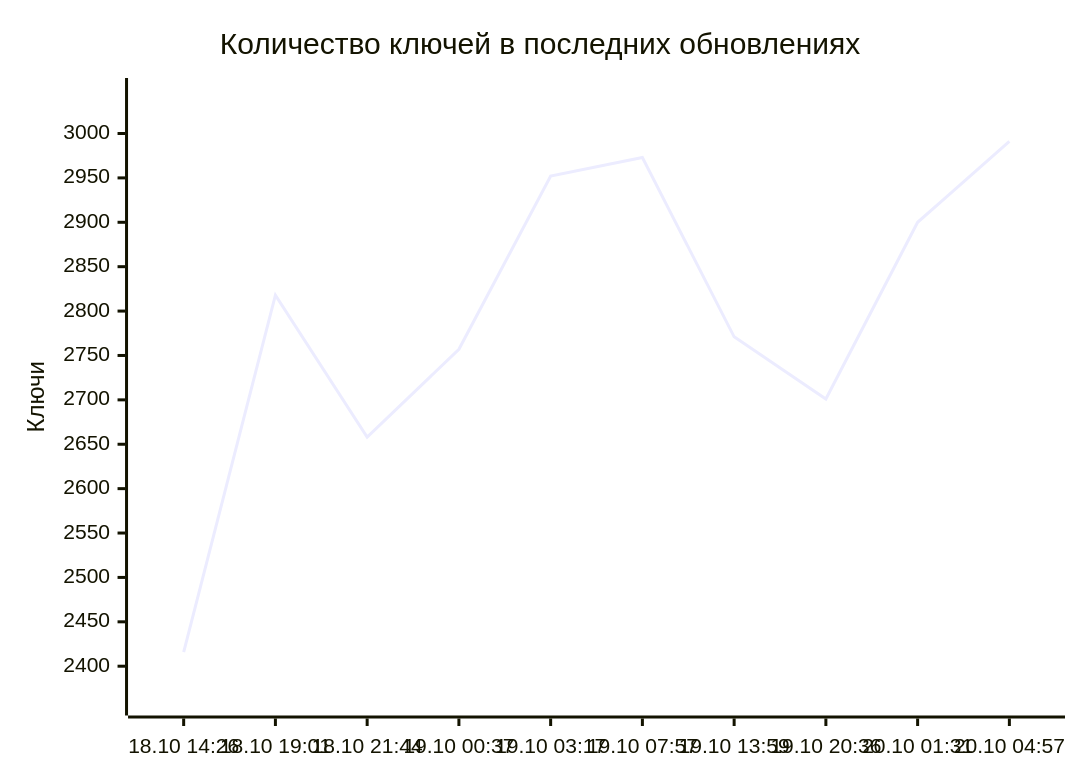
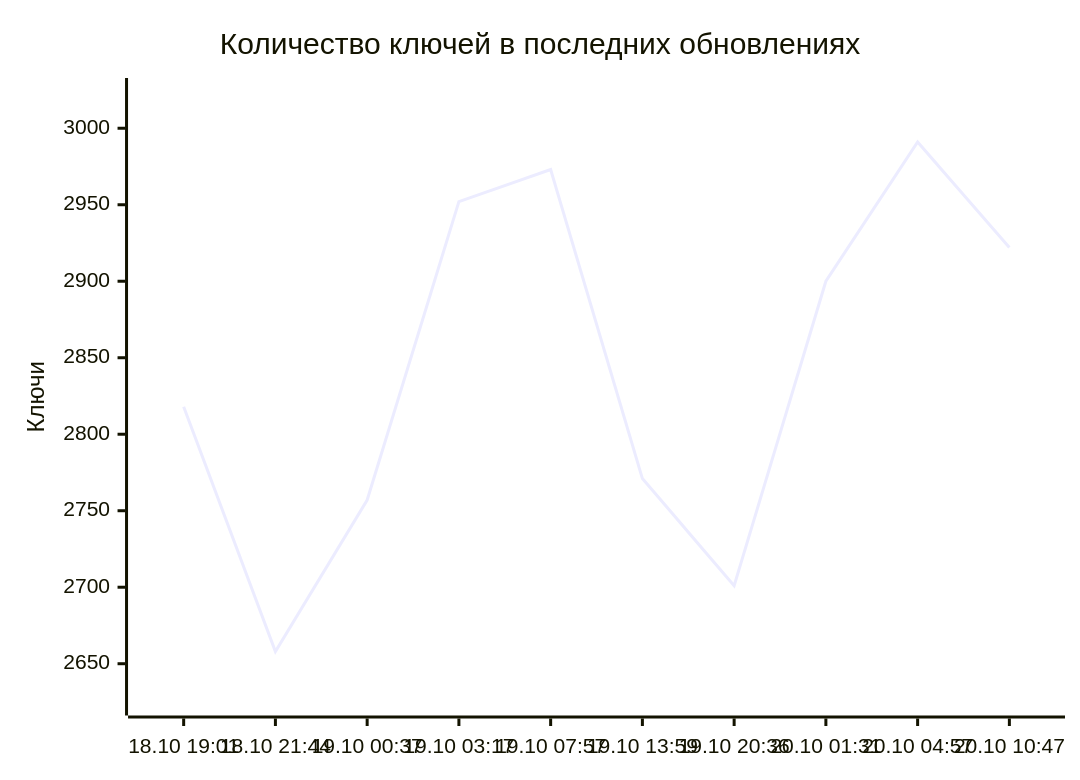
The diagram in README.md (markKikhtenko/WireVeil), drawn with Mermaid before and after one commit. The commit also changed other lines of this file and 12 other files, not shown here.

````diff
--- a/README.md
+++ b/README.md
@@ -55,7 +55,7 @@
 ```mermaid
 xychart-beta
     title "Количество ключей в последних обновлениях"
-    x-axis ["18.10 14:26", "18.10 19:01", "18.10 21:44", "19.10 00:37", "19.10 03:17", "19.10 07:57", "19.10 13:59", "19.10 20:36", "20.10 01:31", "20.10 04:57"]
-    y-axis "Ключи" 2358 --> 3049
-    line [2416, 2818, 2658, 2757, 2952, 2973, 2771, 2701, 2900, 2991]
+    x-axis ["18.10 19:01", "18.10 21:44", "19.10 00:37", "19.10 03:17", "19.10 07:57", "19.10 13:59", "19.10 20:36", "20.10 01:31", "20.10 04:57", "20.10 10:47"]
+    y-axis "Ключи" 2624 --> 3025
+    line [2818, 2658, 2757, 2952, 2973, 2771, 2701, 2900, 2991, 2922]
 ```
````
